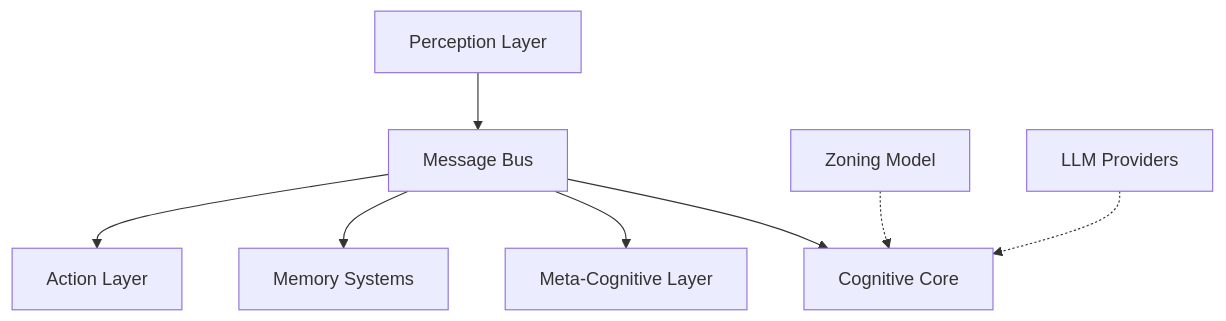
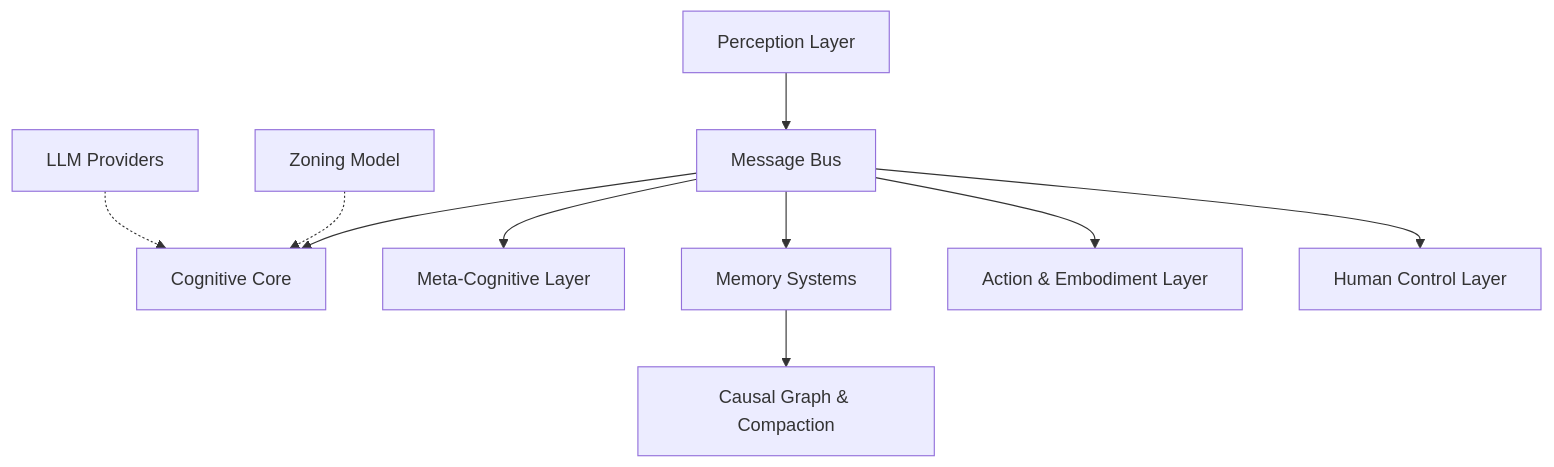
One commit to HBLLM/hbllm-core changed the first of 2 diagrams in docs/architecture/overview.md. Above: the diagram before and after it, drawn with Mermaid. The commit also changed other lines of this file and 4 other files, not shown here.

Commit message:
docs: update architecture documentation for recent capabilities

````diff
--- a/docs/architecture/overview.md
+++ b/docs/architecture/overview.md
@@ -20,10 +20,12 @@
 ```mermaid
 graph TD
     A["Perception Layer"] --> B["Message Bus"]
     B --> C["Cognitive Core"]
     B --> D["Meta-Cognitive Layer"]
     B --> E["Memory Systems"]
-    B --> F["Action Layer"]
+    B --> F["Action & Embodiment Layer"]
+    B --> I["Human Control Layer"]
+    E --> J["Causal Graph & Compaction"]
     G["Zoning Model"] -.-> C
     H["LLM Providers"] -.-> C
 ```
````
